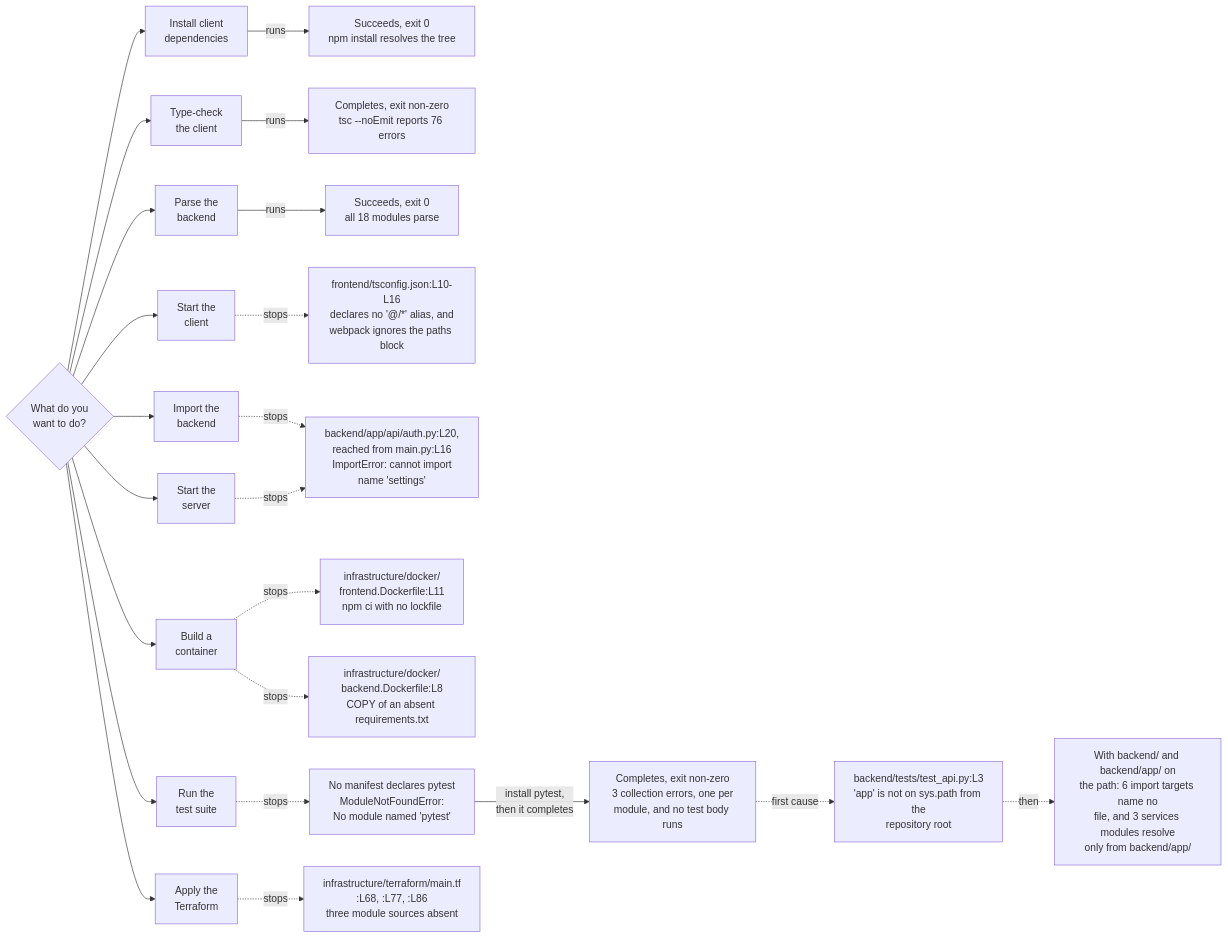
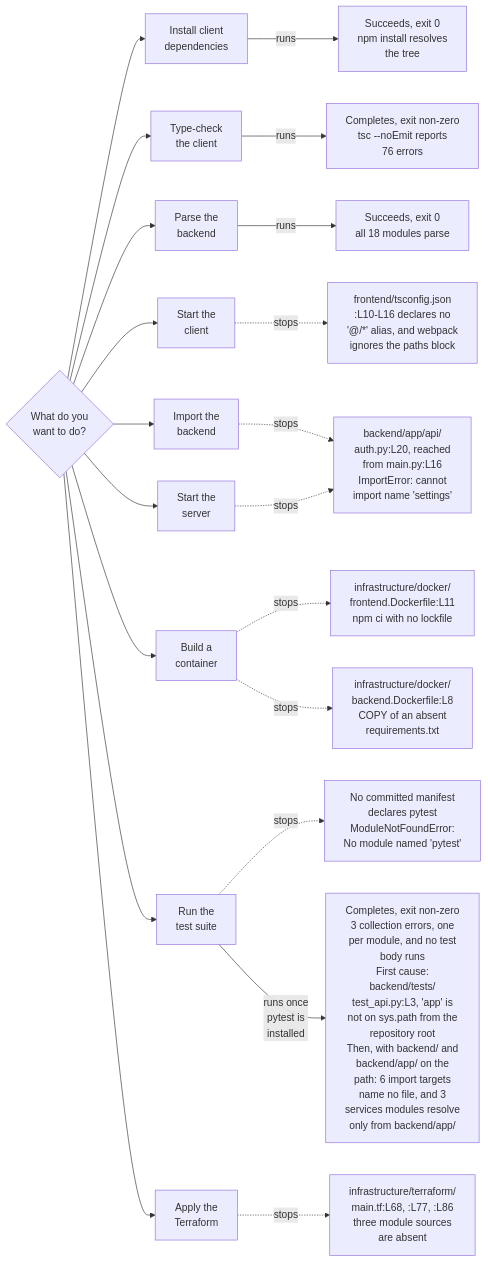
Before and after one commit to blitzy-public-samples/microsoft-word-u33ko0: the diagram in docs/onboarding.md, drawn with Mermaid. The commit also changed other lines of this file and 25 other files, not shown here.

````diff
--- a/docs/onboarding.md
+++ b/docs/onboarding.md
@@ -704,36 +707,34 @@
 ```mermaid
 graph LR
     accTitle: What runs today and where each run stops
-    accDescr: A decision node fans out to nine tasks. Four run to completion and two of those succeed. Five stop, and each failure node cites a file and line where one exists or names the missing artifact or path. The test path stops until pytest is installed, then completes and reports three collection errors.
+    accDescr: A decision node fans out to nine tasks. Four run to completion and two of those succeed. Five stop, and each failure node cites a file and line where one exists or names the missing artifact or path. The test path stops until pytest is installed, then completes and reports three collection errors, and its completion node also names the first cause and what sits behind it.
     START{"What do you<br/>want to do?"}
 
     START --> A["Install client<br/>dependencies"]
     START --> B["Type-check<br/>the client"]
     START --> C["Parse the<br/>backend"]
     START --> D["Start the<br/>client"]
     START --> E["Import the<br/>backend"]
     START --> F["Start the<br/>server"]
     START --> G["Build a<br/>container"]
     START --> H["Run the<br/>test suite"]
     START --> I["Apply the<br/>Terraform"]
 
-    A -->|"runs"| AOK["Succeeds, exit 0<br/>npm install resolves the tree"]
-    B -->|"runs"| BOK["Completes, exit non-zero<br/>tsc --noEmit reports 76 errors"]
+    A -->|"runs"| AOK["Succeeds, exit 0<br/>npm install resolves<br/>the tree"]
+    B -->|"runs"| BOK["Completes, exit non-zero<br/>tsc --noEmit reports<br/>76 errors"]
     C -->|"runs"| COK["Succeeds, exit 0<br/>all 18 modules parse"]
 
-    D -.->|"stops"| DNO["frontend/tsconfig.json:L10-L16<br/>declares no '@/*' alias, and<br/>webpack ignores the paths block"]
-    E -.->|"stops"| ENO["backend/app/api/auth.py:L20,<br/>reached from main.py:L16<br/>ImportError: cannot import<br/>name 'settings'"]
+    D -.->|"stops"| DNO["frontend/tsconfig.json<br/>:L10-L16 declares no<br/>'@/*' alias, and webpack<br/>ignores the paths block"]
+    E -.->|"stops"| ENO["backend/app/api/<br/>auth.py:L20, reached<br/>from main.py:L16<br/>ImportError: cannot<br/>import name 'settings'"]
     F -.->|"stops"| ENO
     G -.->|"stops"| GNO1["infrastructure/docker/<br/>frontend.Dockerfile:L11<br/>npm ci with no lockfile"]
-    G -.->|"stops"| GNO2["infrastructure/docker/<br/>backend.Dockerfile:L8<br/>COPY of an absent requirements.txt"]
-    H -.->|"stops"| HNO0["No manifest declares pytest<br/>ModuleNotFoundError:<br/>No module named 'pytest'"]
-    HNO0 -->|"install pytest,<br/>then it completes"| HOK["Completes, exit non-zero<br/>3 collection errors, one per<br/>module, and no test body runs"]
-    HOK -.->|"first cause"| HNO1["backend/tests/test_api.py:L3<br/>'app' is not on sys.path from the<br/>repository root"]
-    HNO1 -.->|"then"| HNO2["With backend/ and backend/app/ on<br/>the path: 6 import targets name no<br/>file, and 3 services modules resolve<br/>only from backend/app/"]
-    I -.->|"stops"| INO["infrastructure/terraform/main.tf<br/>:L68, :L77, :L86<br/>three module sources absent"]
+    G -.->|"stops"| GNO2["infrastructure/docker/<br/>backend.Dockerfile:L8<br/>COPY of an absent<br/>requirements.txt"]
+    H -.->|"stops"| HNO0["No committed manifest<br/>declares pytest<br/>ModuleNotFoundError:<br/>No module named 'pytest'"]
+    H -->|"runs once<br/>pytest is<br/>installed"| HOK["Completes, exit non-zero<br/>3 collection errors, one<br/>per module, and no test<br/>body runs<br/>First cause:<br/>backend/tests/<br/>test_api.py:L3, 'app' is<br/>not on sys.path from the<br/>repository root<br/>Then, with backend/ and<br/>backend/app/ on the<br/>path: 6 import targets<br/>name no file, and 3<br/>services modules resolve<br/>only from backend/app/"]
+    I -.->|"stops"| INO["infrastructure/terraform/<br/>main.tf:L68, :L77, :L86<br/>three module sources<br/>are absent"]
 
 %% A solid edge marks a path that runs to completion, and its node states whether the run succeeded.
 %% A dashed edge marks a path that stops before completing. Failure nodes cite a file and line
-%% where one exists, and absence-only nodes name the missing artifact or path. A dashed edge
-%% leaving a completion node points at a cause of the failure that node reports.
+%% where one exists, and absence-only nodes name the missing artifact or path. The test path
+%% carries both edge kinds, because it stops until pytest is installed and then completes.
 ```
````
